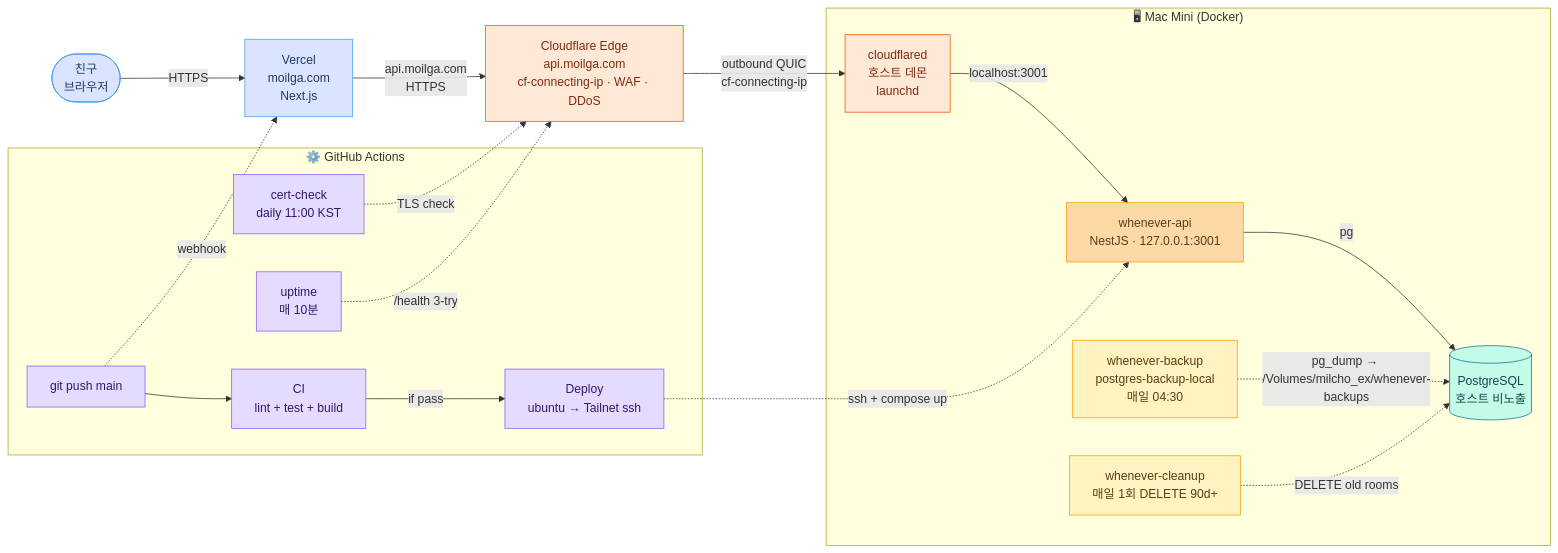
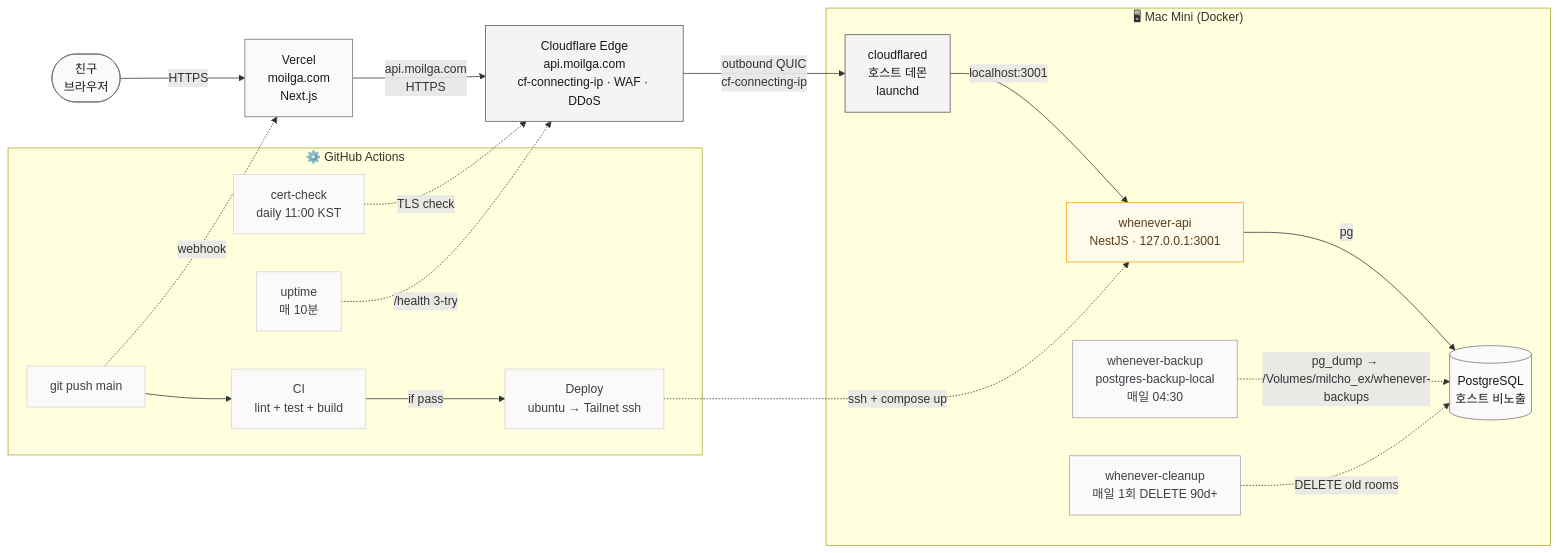
One commit to milcho0604/daypoll changed the diagram in README.md. Above: the diagram before and after it, drawn with Mermaid. The commit also changed other lines of this file and 2 other files, not shown here.

First line of the commit message:
docs(readme): 서버 아키텍처 고화질 다이어그램 추가 — 아이콘 SVG + on-brand mermaid 소스

````diff
--- a/README.md
+++ b/README.md
@@ -89,51 +103,51 @@
 ```mermaid
 flowchart LR
-  classDef front fill:#dbe4ff,stroke:#4a9eed,color:#1e3a5f
-  classDef edge fill:#ffe8d6,stroke:#ea580c,color:#7c2d12
-  classDef back fill:#ffd8a8,stroke:#f59e0b,color:#5c3d1a
-  classDef data fill:#c3fae8,stroke:#0e7490,color:#0c4a4a
-  classDef ops fill:#fff3bf,stroke:#f59e0b,color:#5c3d1a
-  classDef ci fill:#e5dbff,stroke:#8b5cf6,color:#2d1b69
+  classDef front fill:#fafafa,stroke:#71717a,color:#18181b
+  classDef edge fill:#f4f4f5,stroke:#52525b,color:#18181b
+  classDef back fill:#fffbeb,stroke:#f59e0b,color:#5c3d1a
+  classDef data fill:#fafafa,stroke:#71717a,color:#18181b
+  classDef ops fill:#fafafa,stroke:#a1a1aa,color:#3f3f46
+  classDef ci fill:#fafafa,stroke:#d4d4d8,color:#3f3f46
 
   User([친구<br/>브라우저]):::front
   Vercel[Vercel<br/>moilga.com<br/>Next.js]:::front
   CF[Cloudflare Edge<br/>api.moilga.com<br/>cf-connecting-ip · WAF · DDoS]:::edge
   Cloudflared[cloudflared<br/>호스트 데몬<br/>launchd]:::edge
   API[whenever-api<br/>NestJS · 127.0.0.1:3001]:::back
   PG[(PostgreSQL<br/>호스트 비노출)]:::data
   Backup[whenever-backup<br/>postgres-backup-local<br/>매일 04:30]:::ops
   Cleanup[whenever-cleanup<br/>매일 1회 DELETE 90d+]:::ops
 
   subgraph Mac["🖥 Mac Mini (Docker)"]
     Cloudflared
     API
     PG
     Backup
     Cleanup
   end
 
   Push[git push main]:::ci
   CI[CI<br/>lint + test + build]:::ci
   Deploy[Deploy<br/>ubuntu → Tailnet ssh]:::ci
   Cert[cert-check<br/>daily 11:00 KST]:::ci
   Uptime[uptime<br/>매 10분]:::ci
 
   subgraph GHA["⚙️ GitHub Actions"]
     Push --> CI
     CI -->|if pass| Deploy
     Cert
     Uptime
   end
 
   User -->|HTTPS| Vercel
   Vercel -->|api.moilga.com<br/>HTTPS| CF
   CF -->|outbound QUIC<br/>cf-connecting-ip| Cloudflared
   Cloudflared -->|localhost:3001| API
   API -->|pg| PG
   Backup -.->|pg_dump → /Volumes/milcho_ex/whenever-backups| PG
   Cleanup -.->|DELETE old rooms| PG
   Deploy -.->|ssh + compose up| API
   Push -.->|webhook| Vercel
   Cert -.->|TLS check| CF
   Uptime -.->|/health 3-try| CF
 ```
````
